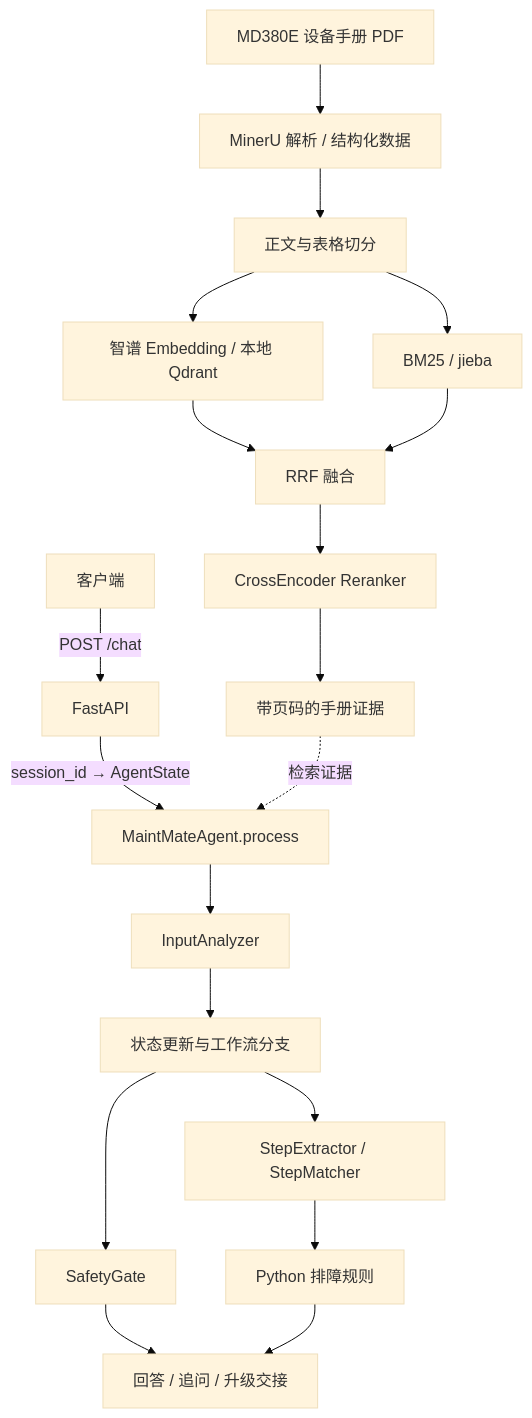
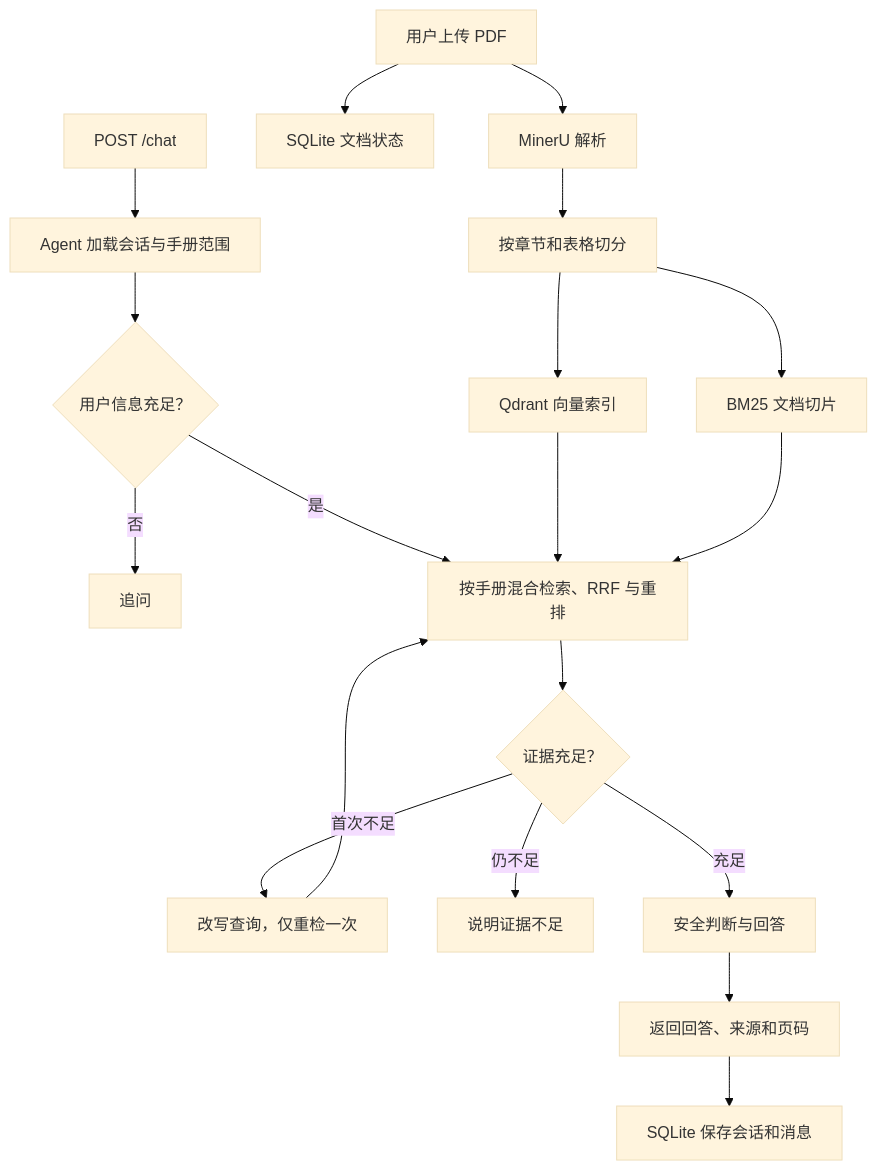
One commit to rao-sheng/MaintMate changed the diagram in README.md. Above: the diagram before and after it, drawn with Mermaid (base theme). The commit also changed other lines of this file and 23 other files, not shown here.

````diff
--- a/README.md
+++ b/README.md
@@ -60,24 +62,22 @@
 ```mermaid
 flowchart TB
-    A["MD380E 设备手册 PDF"] --> B["MinerU 解析 / 结构化数据"]
-    B --> C["正文与表格切分"]
-    C --> D["智谱 Embedding / 本地 Qdrant"]
-    C --> E["BM25 / jieba"]
-    D --> F["RRF 融合"]
+    A["用户上传 PDF"] --> B["MinerU 解析"]
+    B --> C["按章节和表格切分"]
+    C --> D["Qdrant 向量索引"]
+    C --> E["BM25 文档切片"]
+    A --> S["SQLite 文档状态"]
+
+    I["POST /chat"] --> J["Agent 加载会话与手册范围"]
+    J --> L{"用户信息充足？"}
+    L -->|否| P["追问"]
+    L -->|是| F["按手册混合检索、RRF 与重排"]
+    D --> F
     E --> F
-    F --> G["CrossEncoder Reranker"]
-    G --> H["带页码的手册证据"]
-
-    I["客户端"] -->|"POST /chat"| J["FastAPI"]
-    J -->|"session_id → AgentState"| K["MaintMateAgent.process"]
-
-    K --> L["InputAnalyzer"]
-    L --> M["状态更新与工作流分支"]
-    M --> N["SafetyGate"]
-    M --> O["StepExtractor / StepMatcher"]
-    O --> P["Python 排障规则"]
-    N --> Q["回答 / 追问 / 升级交接"]
-    P --> Q
-
-    H -.->|"检索证据"| K
+    F --> H{"证据充足？"}
+    H -->|首次不足| R["改写查询，仅重检一次"]
+    R --> F
+    H -->|仍不足| X["说明证据不足"]
+    H -->|充足| N["安全判断与回答"]
+    N --> Q["返回回答、来源和页码"]
+    Q --> T["SQLite 保存会话和消息"]
 ```
````
